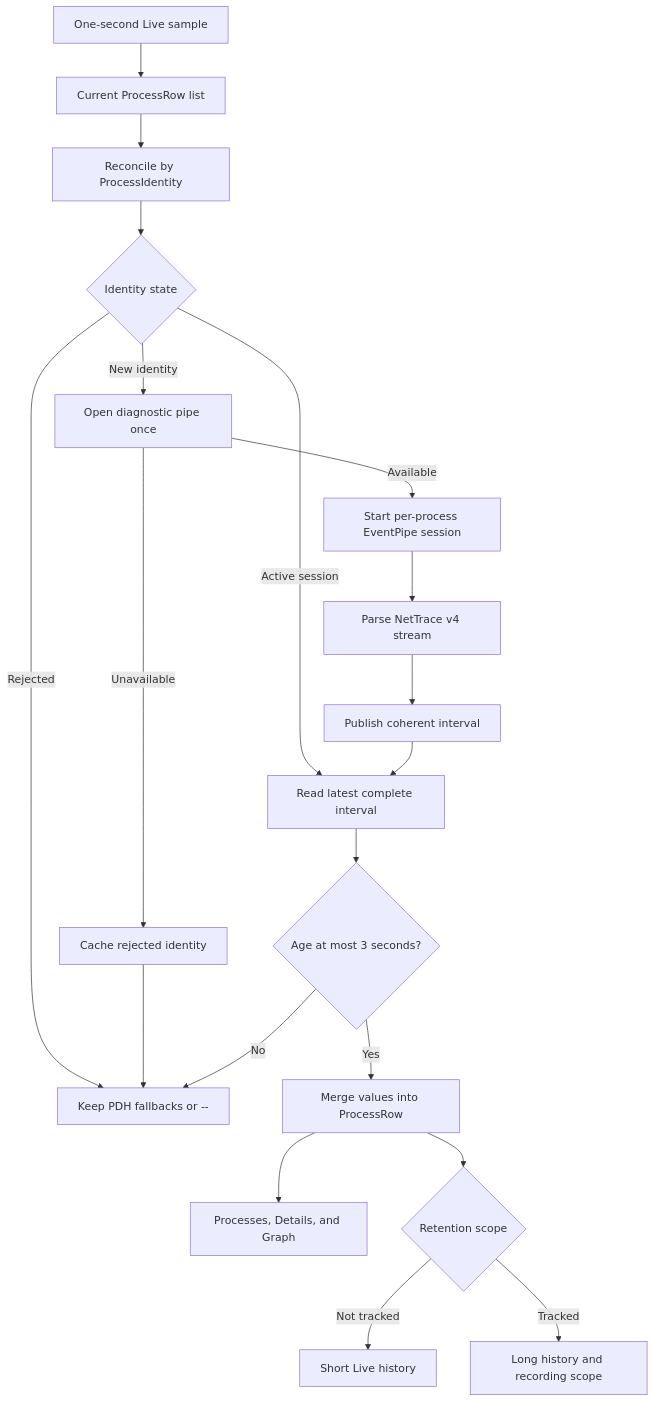
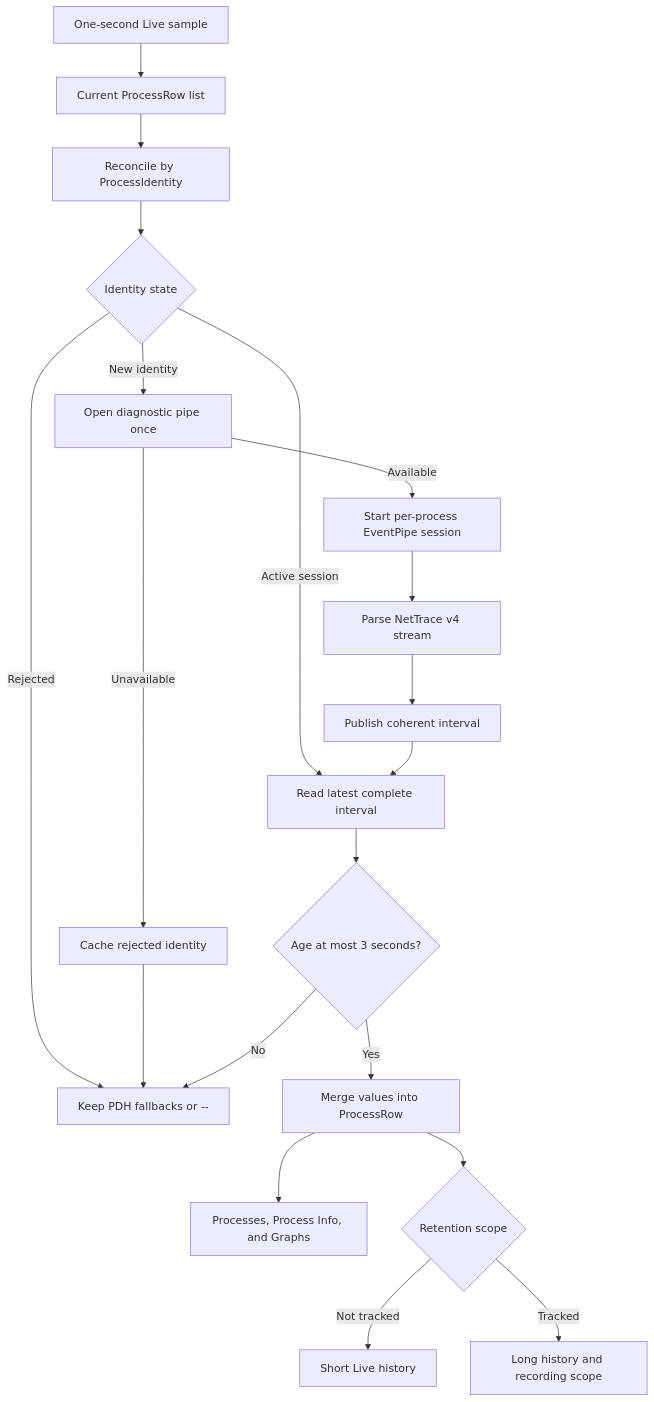
The first of 2 diagrams in docs/dotnet-metrics-collection.md (TX230/winproc-tui), drawn with Mermaid before and after one commit. The commit also changed other lines of this file and 38 other files, not shown here.

````diff
--- a/docs/dotnet-metrics-collection.md
+++ b/docs/dotnet-metrics-collection.md
@@ -36,22 +36,22 @@
 ```mermaid
 flowchart TD
     live["One-second Live sample"] --> rows["Current ProcessRow list"]
     rows --> reconcile["Reconcile by ProcessIdentity"]
     reconcile --> known{"Identity state"}
     known -->|Rejected| unavailable["Keep PDH fallbacks or --"]
     known -->|Active session| latest["Read latest complete interval"]
     known -->|New identity| pipe["Open diagnostic pipe once"]
     pipe -->|Unavailable| reject["Cache rejected identity"]
     reject --> unavailable
     pipe -->|Available| session["Start per-process EventPipe session"]
     session --> parser["Parse NetTrace v4 stream"]
     parser --> accumulator["Publish coherent interval"]
     accumulator --> latest
     latest --> fresh{"Age at most 3 seconds?"}
     fresh -->|No| unavailable
     fresh -->|Yes| merge["Merge values into ProcessRow"]
-    merge --> display["Processes, Details, and Graph"]
+    merge --> display["Processes, Process Info, and Graphs"]
     merge --> scope{"Retention scope"}
     scope -->|Not tracked| short["Short Live history"]
     scope -->|Tracked| long["Long history and recording scope"]
 ```
````
